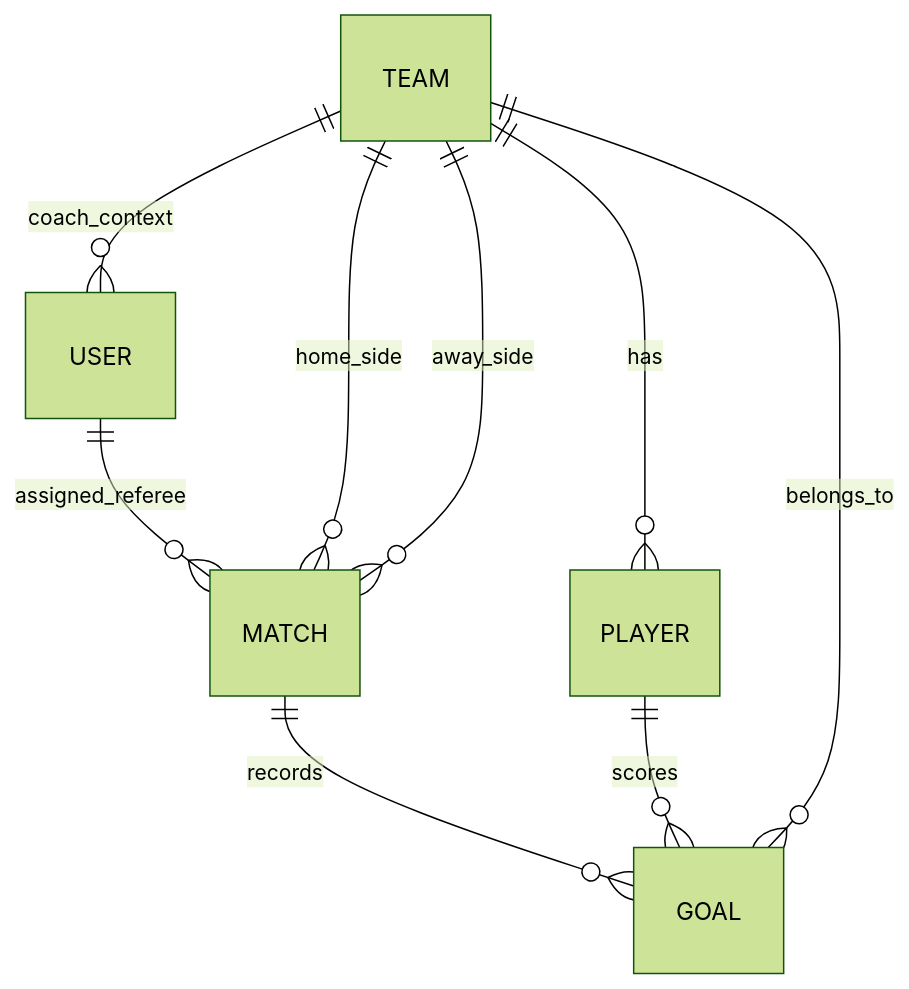
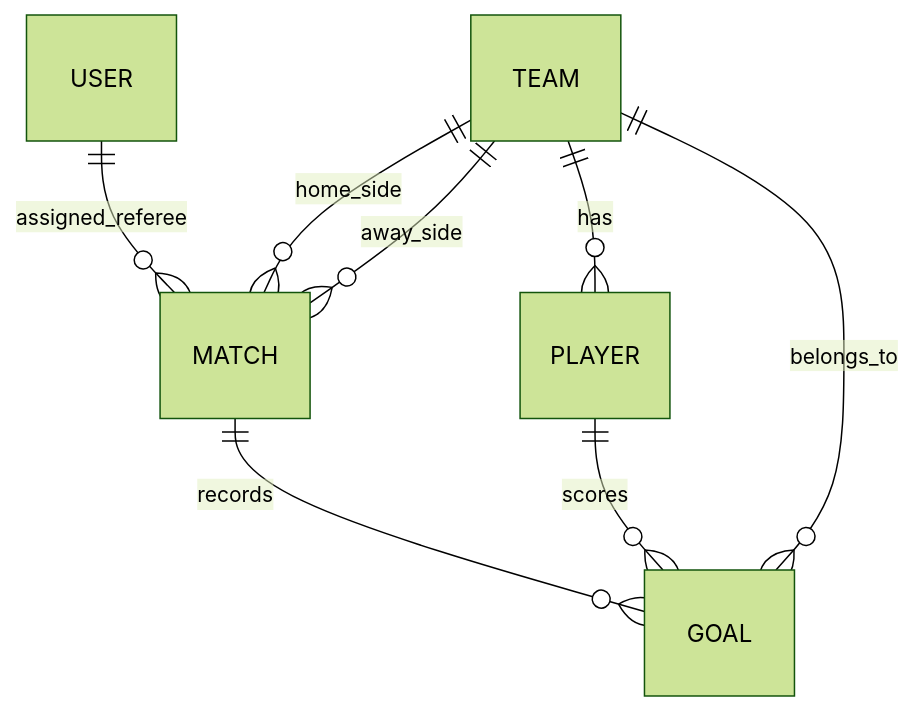
One commit to sanderkerkhofs/worldcup-manager-2026 changed the first of 2 diagrams in genAI-docs/04-data-model-erd.md. Above: the diagram before and after it, drawn with Mermaid (forest theme). The commit also changed other lines of this file and 9 other files, not shown here.

Commit message:
refactor: update project documentation to remove coach role and clarify user permissions

````diff
--- a/genAI-docs/04-data-model-erd.md
+++ b/genAI-docs/04-data-model-erd.md
@@ -81,11 +79,10 @@
 ```mermaid
 erDiagram
   USER ||--o{ MATCH : assigned_referee
   TEAM ||--o{ PLAYER : has
   TEAM ||--o{ MATCH : home_side
   TEAM ||--o{ MATCH : away_side
   MATCH ||--o{ GOAL : records
   PLAYER ||--o{ GOAL : scores
   TEAM ||--o{ GOAL : belongs_to
-  TEAM ||--o{ USER : coach_context
 ```
````
